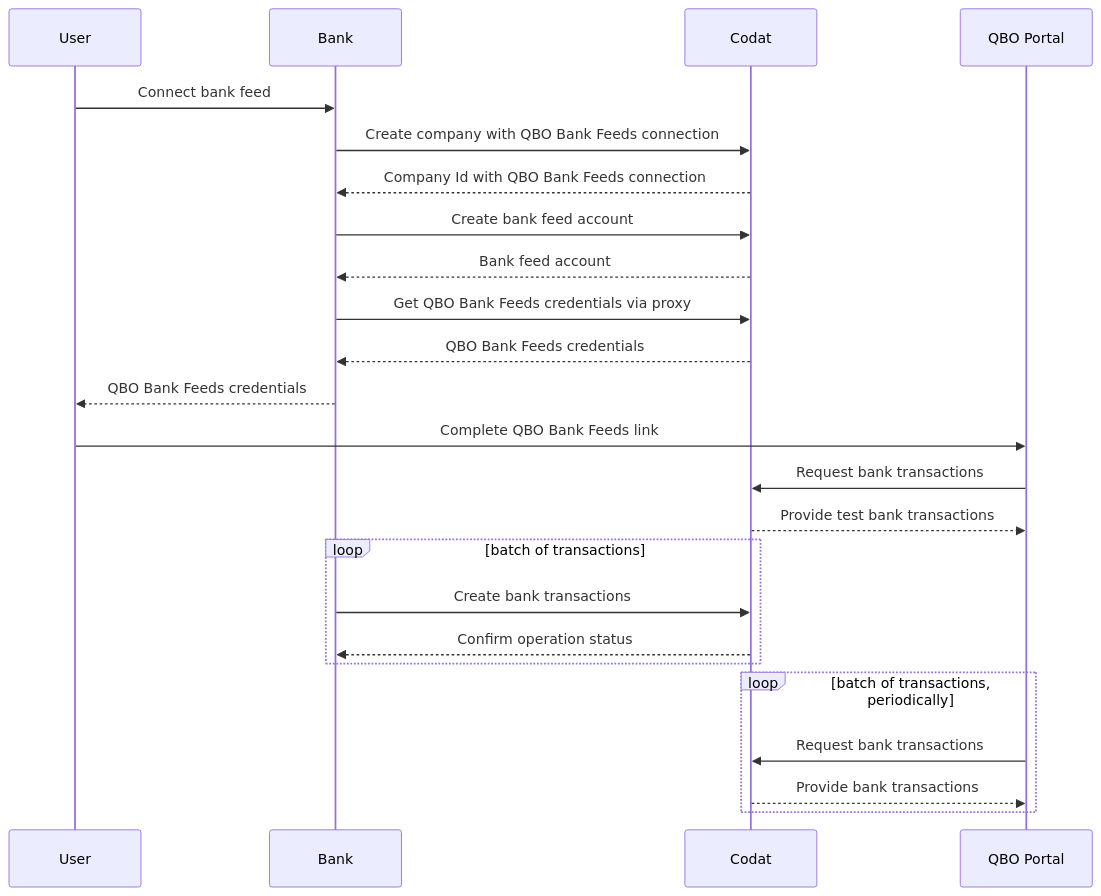
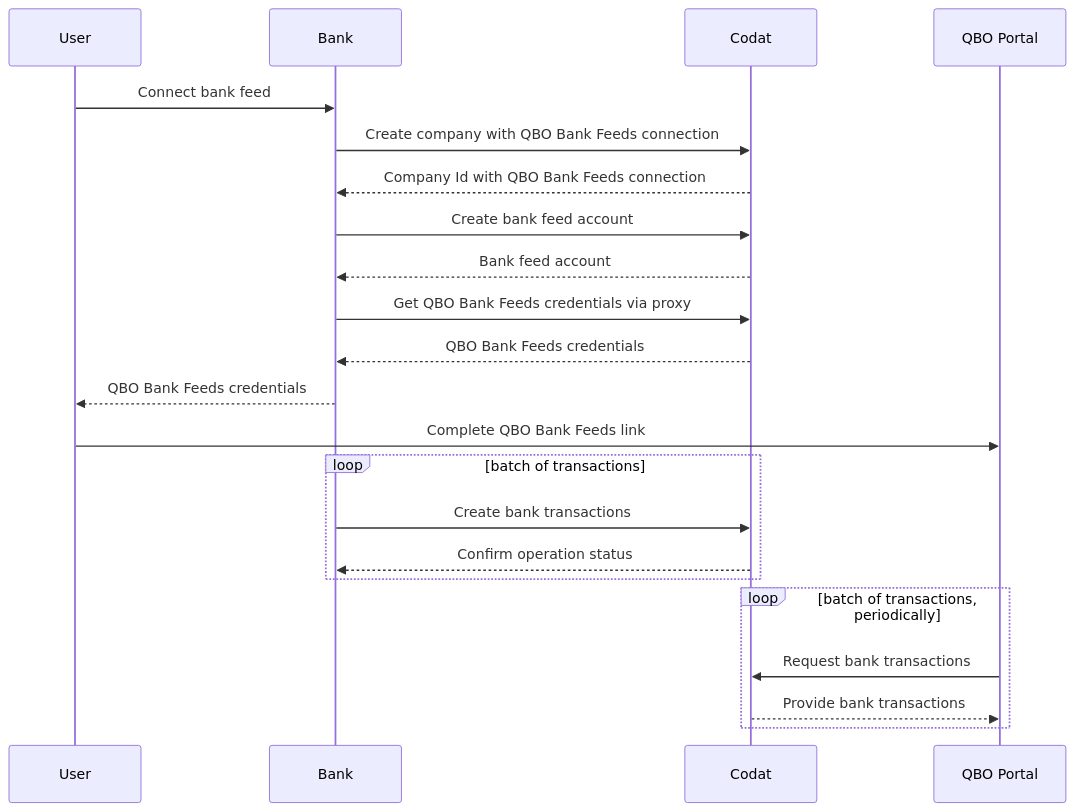
One commit to codatio/codat-docs changed the diagram in docs/guides/bank-feeds-tutorial.md. Above: the diagram before and after it, drawn with Mermaid. The commit also changed other lines of this file, not shown here.

````diff
--- a/docs/guides/bank-feeds-tutorial.md
+++ b/docs/guides/bank-feeds-tutorial.md
@@ -70,26 +70,24 @@
 ``` mermaid
     sequenceDiagram
         participant frontend as User 
         participant backend as Bank
         participant codat as Codat
         participant qbo as QBO Portal
         frontend ->> backend: Connect bank feed
         backend ->> codat: Create company with QBO Bank Feeds connection
         codat -->> backend: Company Id with QBO Bank Feeds connection
         backend ->> codat: Create bank feed account
         codat -->> backend: Bank feed account
         backend ->> codat: Get QBO Bank Feeds credentials via proxy
         codat -->> backend: QBO Bank Feeds credentials
         backend -->> frontend: QBO Bank Feeds credentials
         frontend ->> qbo: Complete QBO Bank Feeds link
-        qbo ->> codat: Request bank transactions
-        codat -->> qbo: Provide test bank transactions
         loop batch of transactions
             backend ->> codat: Create bank transactions
             codat -->> backend: Confirm operation status
         end
         loop batch of transactions, periodically
             qbo ->> codat: Request bank transactions
             codat -->> qbo: Provide bank transactions
         end
 ```
````
